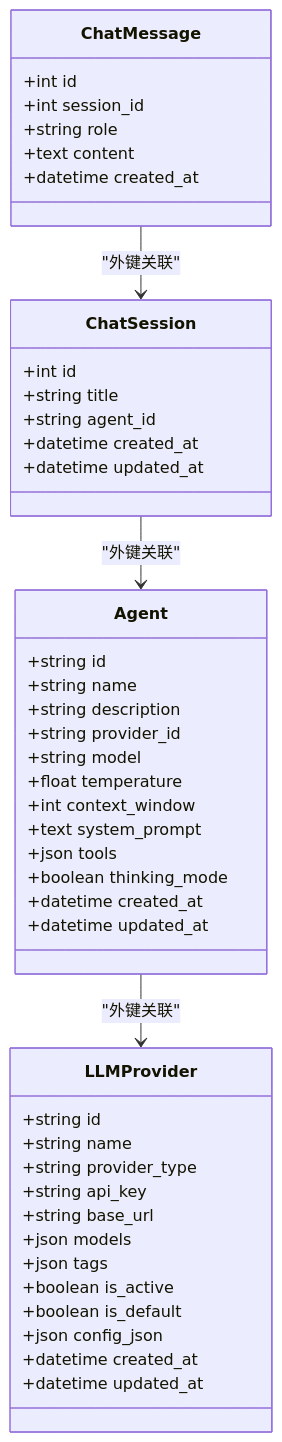
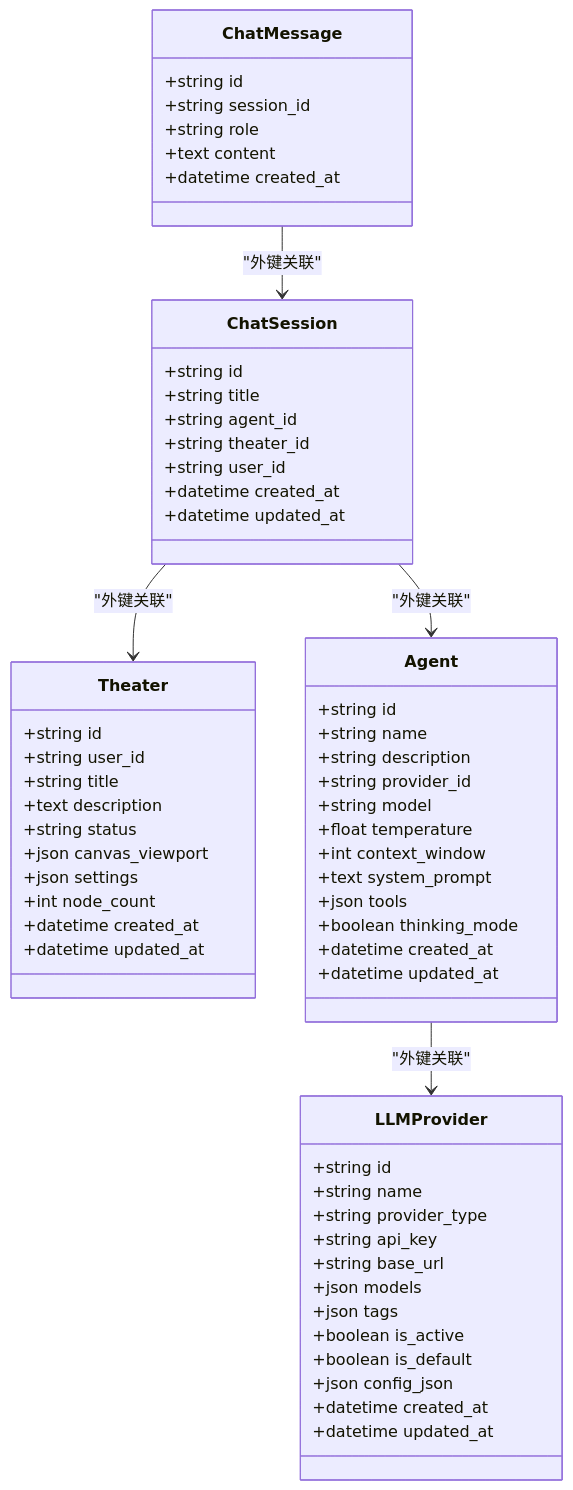
Before and after one commit to KunLabAI/KunFlix: the second of 4 diagrams in .qoder/repowiki/zh/content/数据库设计/聊天系统数据模型.md, drawn with Mermaid. The commit also changed other lines of this file and 11 other files, not shown here.

````diff
--- a/.qoder/repowiki/zh/content/数据库设计/聊天系统数据模型.md
+++ b/.qoder/repowiki/zh/content/数据库设计/聊天系统数据模型.md
@@ -100,48 +130,63 @@
 ```mermaid
 classDiagram
 class ChatSession {
-+int id
++string id
 +string title
 +string agent_id
++string theater_id
++string user_id
 +datetime created_at
 +datetime updated_at
 }
 class ChatMessage {
-+int id
-+int session_id
++string id
++string session_id
 +string role
 +text content
 +datetime created_at
+}
+class Theater {
++string id
++string user_id
++string title
++text description
++string status
++json canvas_viewport
++json settings
++int node_count
++datetime created_at
++datetime updated_at
 }
 class Agent {
 +string id
 +string name
 +string description
 +string provider_id
 +string model
 +float temperature
 +int context_window
 +text system_prompt
 +json tools
 +boolean thinking_mode
 +datetime created_at
 +datetime updated_at
 }
 class LLMProvider {
 +string id
 +string name
 +string provider_type
 +string api_key
 +string base_url
 +json models
 +json tags
 +boolean is_active
 +boolean is_default
 +json config_json
 +datetime created_at
 +datetime updated_at
 }
 ChatSession --> Agent : "外键关联"
+ChatSession --> Theater : "外键关联"
 ChatMessage --> ChatSession : "外键关联"
 Agent --> LLMProvider : "外键关联"
 ```
````
